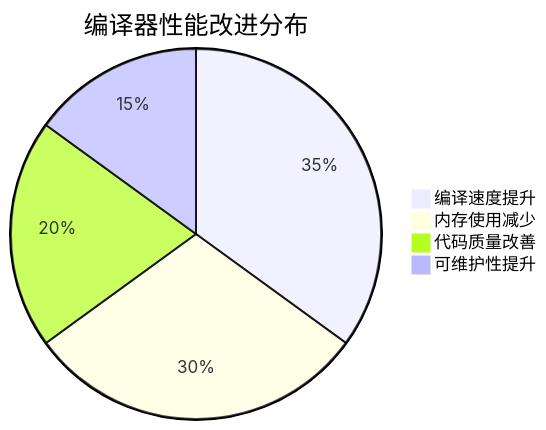
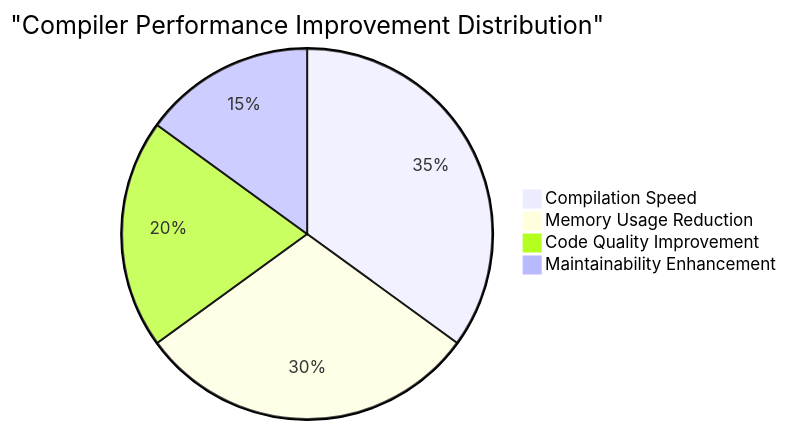
The seventh of 13 diagrams in docs/wiki_bytecode.md (YanqingXu/lua_c_analysis), drawn with Mermaid before and after one commit. The commit also changed other lines of this file, not shown here.

````diff
--- a/docs/wiki_bytecode.md
+++ b/docs/wiki_bytecode.md
@@ -634,7 +630,7 @@
 ```mermaid
-pie title 编译器性能改进分布
-    "编译速度提升" : 35
-    "内存使用减少" : 30
-    "代码质量改善" : 20
-    "可维护性提升" : 15
+pie title "Compiler Performance Improvement Distribution"
+    "Compilation Speed" : 35
+    "Memory Usage Reduction" : 30
+    "Code Quality Improvement" : 20
+    "Maintainability Enhancement" : 15
 ```
````
